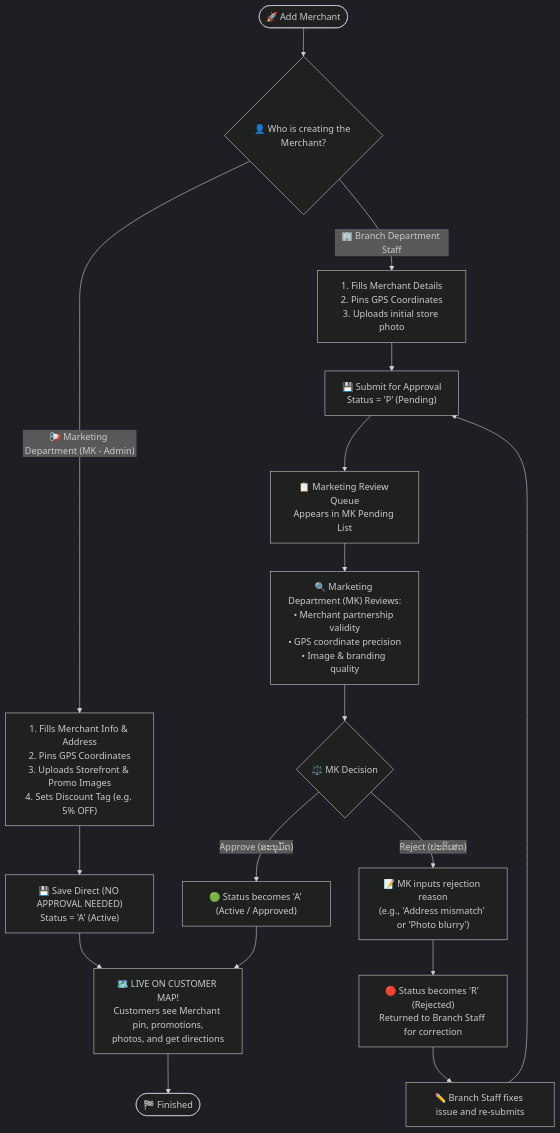
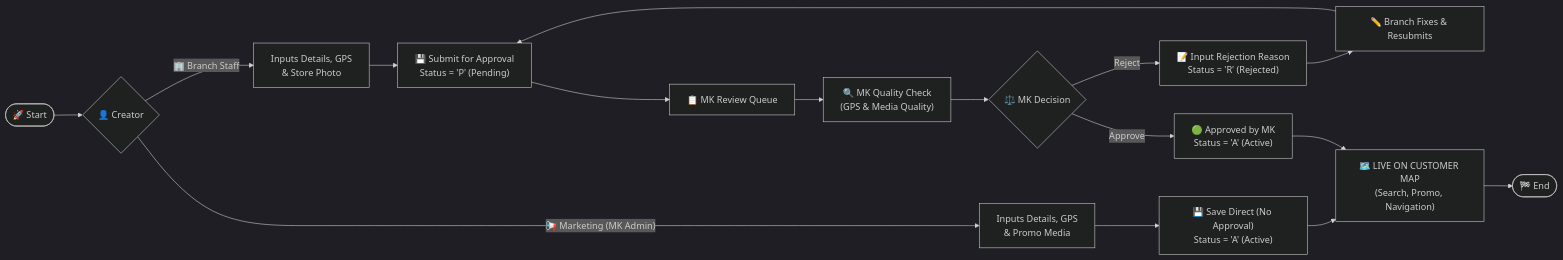
Before and after one commit to Touy2004/for-read-markdown: the first of 3 diagrams in README.md, drawn with Mermaid (dark theme). The commit also changed other lines of this file, not shown here.

````diff
--- a/README.md
+++ b/README.md
@@ -43,31 +43,27 @@
 ```mermaid
-flowchart TD
-    Start(["🚀 Add Merchant"]) --> Creator{"👤 Who is creating the Merchant?"}
+flowchart LR
+    Start(["🚀 Start"]) --> Creator{"👤 Creator"}
     
     %% MK Direct Flow
-    Creator -- "📢 Marketing Department (MK - Admin)" --> MKCreate["1. Fills Merchant Info & Address\n2. Pins GPS Coordinates\n3. Uploads Storefront & Promo Images\n4. Sets Discount Tag (e.g. 5% OFF)"]
-    MKCreate --> MKDirectSave["💾 Save Direct (NO APPROVAL NEEDED)\nStatus = 'A' (Active)"]
+    Creator -- "📢 Marketing (MK Admin)" --> MKCreate["Inputs Details, GPS\n& Promo Media"]
+    MKCreate --> MKDirect["💾 Save Direct (No Approval)\nStatus = 'A' (Active)"]
     
     %% Branch Submission Flow
-    Creator -- "🏢 Branch Department Staff" --> BranchCreate["1. Fills Merchant Details\n2. Pins GPS Coordinates\n3. Uploads initial store photo"]
+    Creator -- "🏢 Branch Staff" --> BranchCreate["Inputs Details, GPS\n& Store Photo"]
     BranchCreate --> BranchSubmit["💾 Submit for Approval\nStatus = 'P' (Pending)"]
     
-    BranchSubmit --> MKQueue["📋 Marketing Review Queue\nAppears in MK Pending List"]
-    
-    MKQueue --> MKInspect["🔍 Marketing Department (MK) Reviews:\n• Merchant partnership validity\n• GPS coordinate precision\n• Image & branding quality"]
-    
+    BranchSubmit --> MKQueue["📋 MK Review Queue"]
+    MKQueue --> MKInspect["🔍 MK Quality Check\n(GPS & Media Quality)"]
     MKInspect --> MKDecision{"⚖️ MK Decision"}
     
-    MKDecision -- "Reject (ປະຕິເສດ)" --> InputReason["📝 MK inputs rejection reason\n(e.g., 'Address mismatch' or 'Photo blurry')"]
-    InputReason --> StatusR["🔴 Status becomes 'R' (Rejected)\nReturned to Branch Staff for correction"]
-    StatusR --> BranchFix["✏️ Branch Staff fixes issue and re-submits"]
+    MKDecision -- "Reject" --> Reason["📝 Input Rejection Reason\nStatus = 'R' (Rejected)"]
+    Reason --> BranchFix["✏️ Branch Fixes & Resubmits"]
     BranchFix --> BranchSubmit
     
-    MKDecision -- "Approve (ອະນຸມັດ)" --> StatusA["🟢 Status becomes 'A' (Active / Approved)"]
+    MKDecision -- "Approve" --> StatusA["🟢 Approved by MK\nStatus = 'A' (Active)"]
     
     %% Live Map
-    MKDirectSave --> LiveMap["🗺️ LIVE ON CUSTOMER MAP!\nCustomers see Merchant pin, promotions,\nphotos, and get directions"]
+    MKDirect --> LiveMap["🗺️ LIVE ON CUSTOMER MAP\n(Search, Promo, Navigation)"]
     StatusA --> LiveMap
-    
-    LiveMap --> End(["🏁 Finished"])
+    LiveMap --> End(["🏁 End"])
 ```
````
